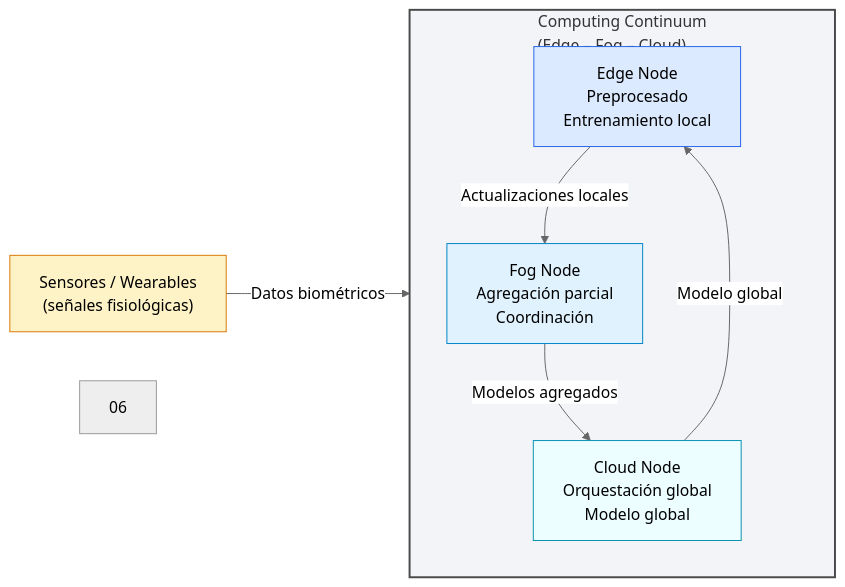
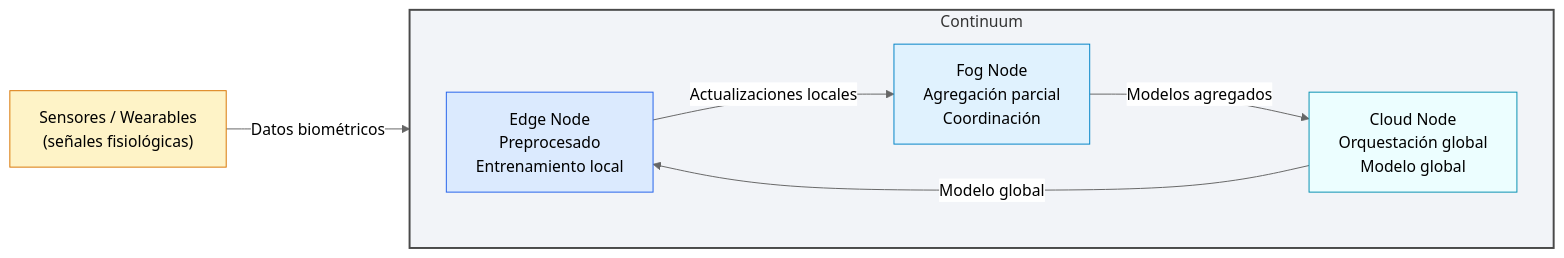
Before and after one commit to adrianoggm/Onion-FL: the diagram in Arquitecture.md, drawn with Mermaid (neutral theme).

Commit message:
Refactor architecture diagram with updated styles

````diff
--- a/Arquitecture.md
+++ b/Arquitecture.md
@@ -1,31 +1,48 @@
 ```mermaid
 flowchart LR
 
-%% --- Data Sources ---
+
+%% -------------------------
+%% Data source
+%% -------------------------
 Sensors["Sensores / Wearables<br/>(señales fisiológicas)"]
 
-%% --- Computing Continuum ---
-subgraph CC["Computing Continuum<br/>(Edge – Fog – Cloud)"]
-    direction TB
-
-    Edge["Edge Node<br/>Preprocesado<br/>Entrenamiento local"]
-    Fog["Fog Node<br/>Agregación parcial<br/>Coordinación"]
-    Cloud["Cloud Node<br/>Orquestación global<br/>Modelo global"]
-
-    Edge -->|Actualizaciones locales| Fog
-    Fog -->|Modelos agregados| Cloud
-    Cloud -->|Modelo global| Edge
+%% -------------------------
+%% Continuum nodes
+%% -------------------------
+subgraph Continuum
+  direction LR
+  Edge["Edge Node<br/>Preprocesado<br/>Entrenamiento local"]
+  Fog["Fog Node<br/>Agregación parcial<br/>Coordinación"]
+  Cloud["Cloud Node<br/>Orquestación global<br/>Modelo global"]
 end
 
-%% --- External flow ---
+%% -------------------------
+%% Flows
+%% -------------------------
 Sensors -->|Datos biométricos| Edge
+Edge -->|Actualizaciones locales| Fog
+Fog -->|Modelos agregados| Cloud
+Cloud -->|Modelo global| Edge
 
-%% --- Styling ---
-style CC fill:#f2f4f8,stroke:#4a4a4a,stroke-width:2px
-style Edge fill:#dbeafe,stroke:#2563eb
-style Fog fill:#e0f2fe,stroke:#0284c7
-style Cloud fill:#ecfeff,stroke:#0891b2
-style Sensors fill:#fef3c7,stroke:#d97706
-06
+
+
+%% -------------------------
+%% Styles
+%% -------------------------
+classDef title fill:#ffffff,stroke:#4a4a4a,stroke-width:2px,font-weight:bold;
+classDef Continuum fill:#f2f4f8,stroke:#4a4a4a,stroke-width:2px;
+classDef edge fill:#dbeafe,stroke:#2563eb;
+classDef fog fill:#e0f2fe,stroke:#0284c7;
+classDef cloud fill:#ecfeff,stroke:#0891b2;
+classDef sensors fill:#fef3c7,stroke:#d97706;
+
+class CC_Title title;
+class Continuum Continuum;
+class Edge edge;
+class Fog fog;
+class Cloud cloud;
+class Sensors sensors;
+
 
 ```
````
